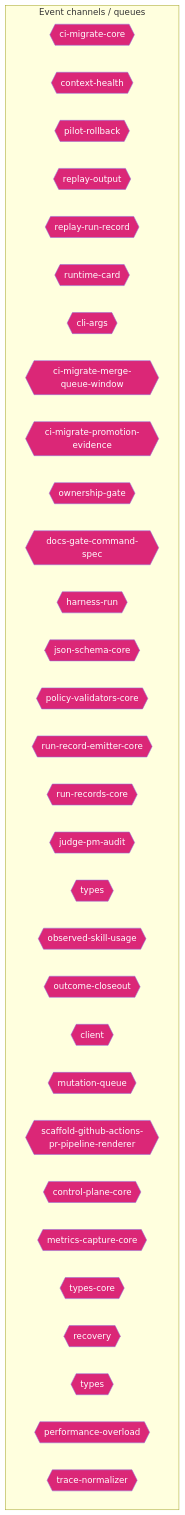
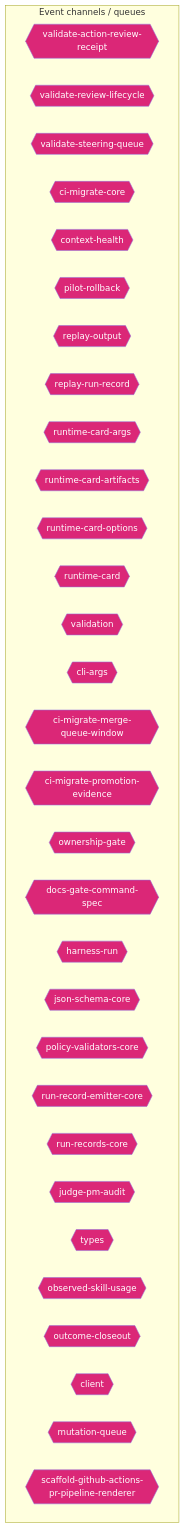
Before and after one commit to jscraik/coding-harness: the ninth of 14 diagrams in AI/context/diagram-context.md, drawn with Mermaid. The commit also changed other lines of this file and 420 other files, not shown here.

First line of the commit message:
Codex/jsc 363 runtime evidence cockpit refresh (#309)

````diff
--- a/AI/context/diagram-context.md
+++ b/AI/context/diagram-context.md
@@ -1014,38 +1190,38 @@
 ```mermaid
 flowchart TD
   subgraph Channels["Event channels / queues"]
+    validate_action_review_receipt_fa2f06c3{{"validate-action-review-receipt"}}
+    validate_review_lifecycle_0b410d1e{{"validate-review-lifecycle"}}
+    validate_steering_queue_4bc0cc94{{"validate-steering-queue"}}
     ci_migrate_core_7005b5af{{"ci-migrate-core"}}
     context_health_80bb7da9{{"context-health"}}
     pilot_rollback_00c1f82c{{"pilot-rollback"}}
     replay_output_993eda9e{{"replay-output"}}
     replay_run_record_9a08cce2{{"replay-run-record"}}
+    runtime_card_args_2b3d4b28{{"runtime-card-args"}}
+    runtime_card_artifacts_143b799c{{"runtime-card-artifacts"}}
+    runtime_card_options_c9156ad5{{"runtime-card-options"}}
     runtime_card_e06b53e1{{"runtime-card"}}
+    validation_98c41dcd{{"validation"}}
     cli_args_1_6144b055{{"cli-args"}}
     ci_migrate_merge_queue_window_0070bd6d{{"ci-migrate-merge-queue-window"}}
     ci_migrate_promotion_evidence_1a2dc527{{"ci-migrate-promotion-evidence"}}
     ownership_gate_2e194d13{{"ownership-gate"}}
     docs_gate_command_spec_16795187{{"docs-gate-command-spec"}}
     harness_run_c0761792{{"harness-run"}}
     json_schema_core_96d7e328{{"json-schema-core"}}
     policy_validators_core_714a3fe7{{"policy-validators-core"}}
     run_record_emitter_core_688049d5{{"run-record-emitter-core"}}
     run_records_core_89286dfa{{"run-records-core"}}
     judge_pm_audit_ccd20b35{{"judge-pm-audit"}}
-    types_6_1818fb91{{"types"}}
+    types_9_1db4641f{{"types"}}
     observed_skill_usage_ed7d5930{{"observed-skill-usage"}}
     outcome_closeout_ba497ec2{{"outcome-closeout"}}
     client_948fe603{{"client"}}
     mutation_queue_ce5a530e{{"mutation-queue"}}
     scaffold_github_actions_pr_pipeline_renderer_1ee18de5{{"scaffold-github-actions-pr-pipeline-renderer"}}
-    control_plane_core_db3b4cb2{{"control-plane-core"}}
-    metrics_capture_core_db4bf7cf{{"metrics-capture-core"}}
-    types_core_1_8bd0f8fd{{"types-core"}}
-    recovery_8c585378{{"recovery"}}
-    types_18_37582e2a{{"types"}}
-    performance_overload_c685bfcf{{"performance-overload"}}
-    trace_normalizer_cb1be1d2{{"trace-normalizer"}}
   end
   classDef eventNode fill:#db2777,color:#fff
-  class ci_migrate_core_7005b5af,context_health_80bb7da9,pilot_rollback_00c1f82c,replay_output_993eda9e,replay_run_record_9a08cce2,runtime_card_e06b53e1,cli_args_1_6144b055,ci_migrate_merge_queue_window_0070bd6d,ci_migrate_promotion_evidence_1a2dc527,ownership_gate_2e194d13,docs_gate_command_spec_16795187,harness_run_c0761792,json_schema_core_96d7e328,policy_validators_core_714a3fe7,run_record_emitter_core_688049d5,run_records_core_89286dfa,judge_pm_audit_ccd20b35,types_6_1818fb91,observed_skill_usage_ed7d5930,outcome_closeout_ba497ec2,client_948fe603,mutation_queue_ce5a530e,scaffold_github_actions_pr_pipeline_renderer_1ee18de5,control_plane_core_db3b4cb2,metrics_capture_core_db4bf7cf,types_core_1_8bd0f8fd,recovery_8c585378,types_18_37582e2a,performance_overload_c685bfcf,trace_normalizer_cb1be1d2 eventNode
+  class validate_action_review_receipt_fa2f06c3,validate_review_lifecycle_0b410d1e,validate_steering_queue_4bc0cc94,ci_migrate_core_7005b5af,context_health_80bb7da9,pilot_rollback_00c1f82c,replay_output_993eda9e,replay_run_record_9a08cce2,runtime_card_args_2b3d4b28,runtime_card_artifacts_143b799c,runtime_card_options_c9156ad5,runtime_card_e06b53e1,validation_98c41dcd,cli_args_1_6144b055,ci_migrate_merge_queue_window_0070bd6d,ci_migrate_promotion_evidence_1a2dc527,ownership_gate_2e194d13,docs_gate_command_spec_16795187,harness_run_c0761792,json_schema_core_96d7e328,policy_validators_core_714a3fe7,run_record_emitter_core_688049d5,run_records_core_89286dfa,judge_pm_audit_ccd20b35,types_9_1db4641f,observed_skill_usage_ed7d5930,outcome_closeout_ba497ec2,client_948fe603,mutation_queue_ce5a530e,scaffold_github_actions_pr_pipeline_renderer_1ee18de5 eventNode
 
 ```
````
